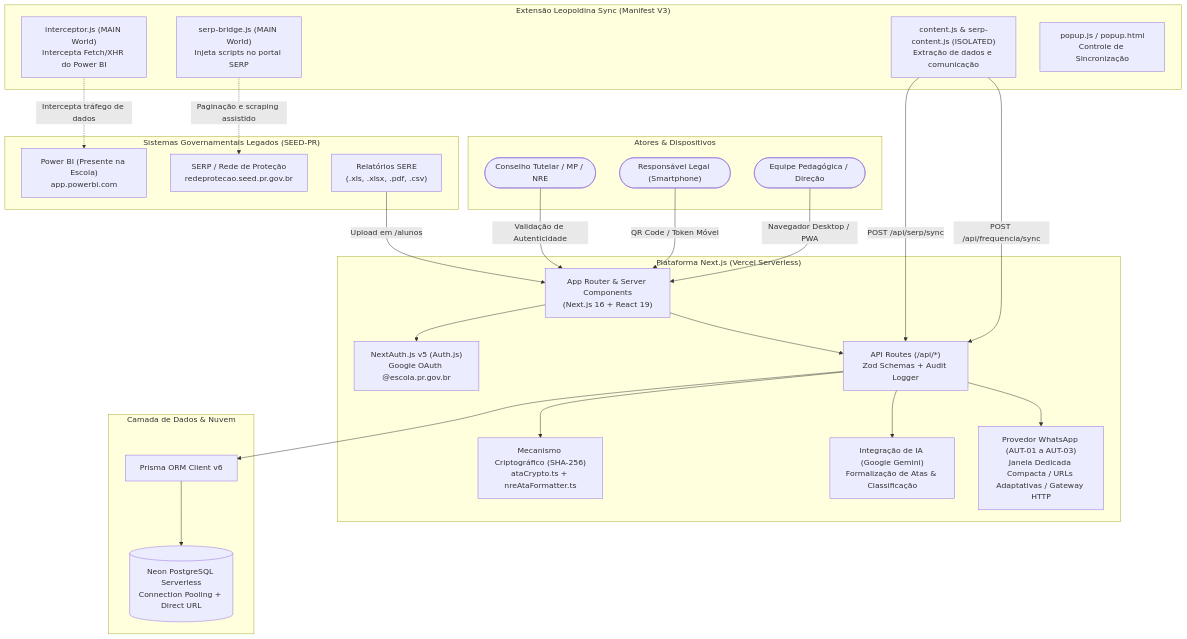
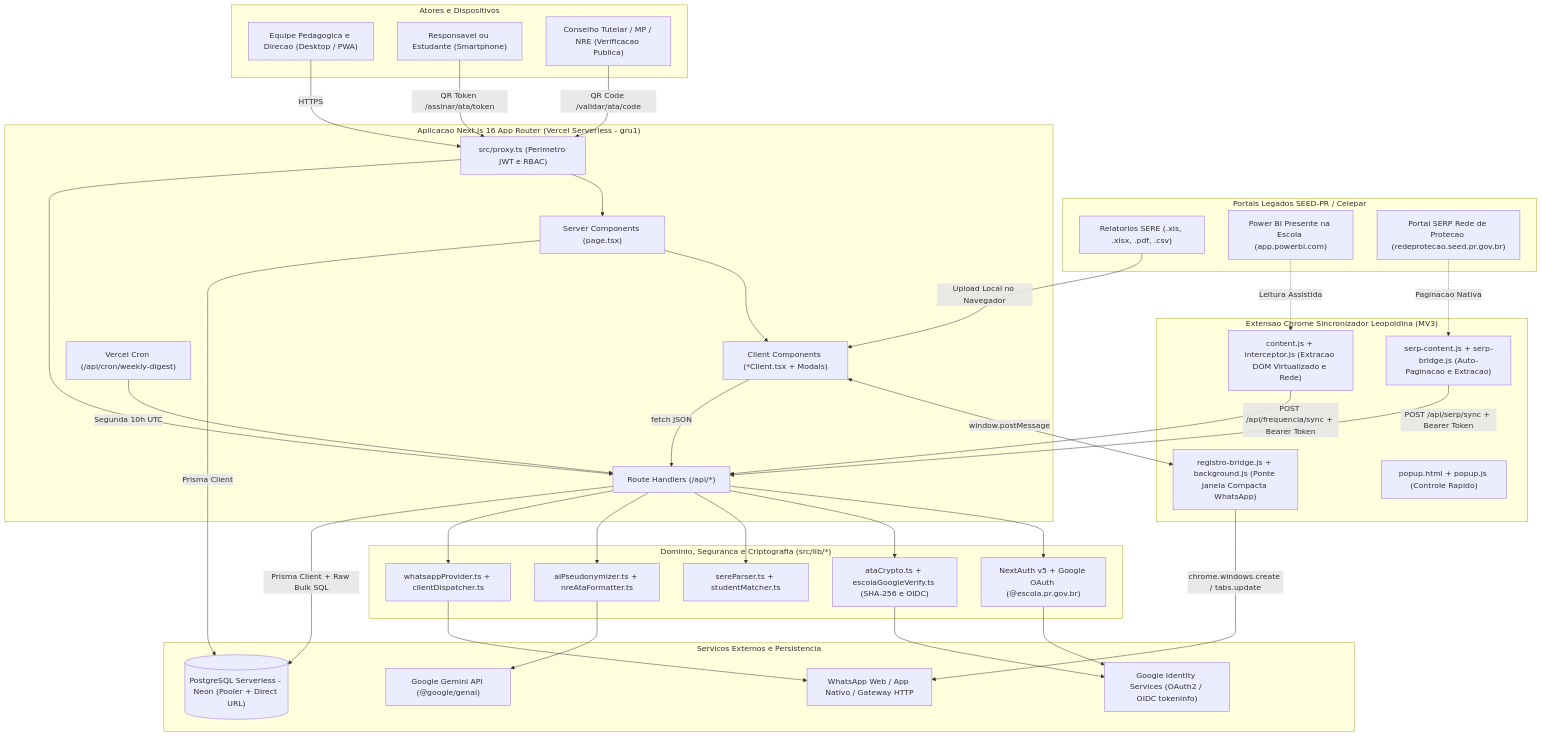
The first of 5 diagrams in docs/ARQUITETURA_E_ENGENHARIA.md (MarcosWrobel/rede-ativa), drawn with Mermaid before and after one commit. The commit also changed other lines of this file and 53 other files, not shown here.

````diff
--- a/docs/ARQUITETURA_E_ENGENHARIA.md
+++ b/docs/ARQUITETURA_E_ENGENHARIA.md
@@ -21,54 +21,75 @@
 ```mermaid
 flowchart TD
-    subgraph Users ["Atores & Dispositivos"]
-        Staff(["Equipe Pedagógica / Direção"])
-        Guardian(["Responsável Legal (Smartphone)"])
-        Authorities(["Conselho Tutelar / MP / NRE"])
+    subgraph Actors ["Atores e Dispositivos"]
+        Staff["Equipe Pedagogica e Direcao (Desktop / PWA)"]
+        Guardian["Responsavel ou Estudante (Smartphone)"]
+        ExternalAuth["Conselho Tutelar / MP / NRE (Verificacao Publica)"]
     end
 
-    subgraph ChromeExtension ["Extensão Leopoldina Sync (Manifest V3)"]
-        PBI_Intercept["interceptor.js (MAIN World)\nIntercepta Fetch/XHR do Power BI"]
-        SERP_Bridge["serp-bridge.js (MAIN World)\nInjeta scripts no portal SERP"]
-        ExtContent["content.js & serp-content.js (ISOLATED)\nExtração de dados e comunicação"]
-        ExtPopup["popup.js / popup.html\nControle de Sincronização"]
+    subgraph GovPortals ["Portais Legados SEED-PR / Celepar"]
+        SERE["Relatorios SERE (.xls, .xlsx, .pdf, .csv)"]
+        PBI["Power BI Presente na Escola (app.powerbi.com)"]
+        SERP["Portal SERP Rede de Protecao (redeprotecao.seed.pr.gov.br)"]
     end
 
-    subgraph ExternalGov ["Sistemas Governamentais Legados (SEED-PR)"]
-        PowerBIPortal["Power BI (Presente na Escola)\napp.powerbi.com"]
-        SERPPortal["SERP / Rede de Proteção\nredeprotecao.seed.pr.gov.br"]
-        SEREFiles["Relatórios SERE\n(.xls, .xlsx, .pdf, .csv)"]
+    subgraph Extension ["Extensao Chrome Sincronizador Leopoldina (MV3)"]
+        PBIContent["content.js + interceptor.js (Extracao DOM Virtualizado e Rede)"]
+        SERPBridge["serp-content.js + serp-bridge.js (Auto-Paginacao e Extracao)"]
+        RegBridge["registro-bridge.js + background.js (Ponte Janela Compacta WhatsApp)"]
+        ExtPopup["popup.html + popup.js (Controle Rapido)"]
     end
 
-    subgraph AppPlatform ["Plataforma Next.js (Vercel Serverless)"]
-        Router["App Router & Server Components\n(Next.js 16 + React 19)"]
-        PerimeterAuth["NextAuth.js v5 (Auth.js)\nGoogle OAuth @escola.pr.gov.br"]
-        APILayer["API Routes (/api/*)\nZod Schemas + Audit Logger"]
-        CryptoEngine["Mecanismo Criptográfico (SHA-256)\nataCrypto.ts + nreAtaFormatter.ts"]
-        AIEngine["Integração de IA (Google Gemini)\nFormalização de Atas & Classificação"]
-        WAProvider["Provedor WhatsApp (AUT-01 a AUT-03)\nJanela Dedicada Compacta / URLs Adaptativas / Gateway HTTP"]
+    subgraph NextApp ["Aplicacao Next.js 16 App Router (Vercel Serverless - gru1)"]
+        EdgeProxy["src/proxy.ts (Perimetro JWT e RBAC)"]
+        RSC["Server Components (page.tsx)"]
+        ClientUI["Client Components (*Client.tsx + Modais)"]
+        APIRoutes["Route Handlers (/api/*)"]
+        CronJob["Vercel Cron (/api/cron/weekly-digest)"]
     end
 
-    subgraph Persistence ["Camada de Dados & Nuvem"]
-        PrismaORM["Prisma ORM Client v6"]
-        PostgresDB[("Neon PostgreSQL Serverless\nConnection Pooling + Direct URL")]
+    subgraph CoreLibs ["Dominio, Seguranca e Criptografia (src/lib/*)"]
+        AuthLib["NextAuth v5 + Google OAuth (@escola.pr.gov.br)"]
+        CryptoLib["ataCrypto.ts + escolaGoogleVerify.ts (SHA-256 e OIDC)"]
+        ParserLib["sereParser.ts + studentMatcher.ts"]
+        PrivacyAI["aiPseudonymizer.ts + nreAtaFormatter.ts"]
+        WALib["whatsappProvider.ts + clientDispatcher.ts"]
     end
 
-    %% Conexões de Dados e Acesso
-    Staff -->|Navegador Desktop / PWA| Router
-    Guardian -->|QR Code / Token Móvel| Router
-    Authorities -->|Validação de Autenticidade| Router
+    subgraph ExternalServices ["Servicos Externos e Persistencia"]
+        GoogleOAuth["Google Identity Services (OAuth2 / OIDC tokeninfo)"]
+        GeminiAPI["Google Gemini API (@google/genai)"]
+        WhatsApp["WhatsApp Web / App Nativo / Gateway HTTP"]
+        NeonDB[("PostgreSQL Serverless - Neon (Pooler + Direct URL)")]
+    end
 
-    PBI_Intercept -.->|Intercepta tráfego de dados| PowerBIPortal
-    SERP_Bridge -.->|Paginação e scraping assistido| SERPPortal
-    ExtContent -->|POST /api/frequencia/sync| APILayer
-    ExtContent -->|POST /api/serp/sync| APILayer
-    SEREFiles -->|Upload em /alunos| Router
+    Staff -->|HTTPS| EdgeProxy
+    Guardian -->|QR Token /assinar/ata/token| EdgeProxy
+    ExternalAuth -->|QR Code /validar/ata/code| EdgeProxy
 
-    Router --> PerimeterAuth
-    Router --> APILayer
-    APILayer --> CryptoEngine
-    APILayer --> AIEngine
-    APILayer --> WAProvider
-    APILayer --> PrismaORM
-    PrismaORM --> PostgresDB
+    SERE -->|Upload Local no Navegador| ClientUI
+    PBI -.->|Leitura Assistida| PBIContent
+    SERP -.->|Paginacao Nativa| SERPBridge
+    PBIContent -->|POST /api/frequencia/sync + Bearer Token| APIRoutes
+    SERPBridge -->|POST /api/serp/sync + Bearer Token| APIRoutes
+    ClientUI <-->|window.postMessage| RegBridge
+    RegBridge -->|chrome.windows.create / tabs.update| WhatsApp
+
+    EdgeProxy --> RSC
+    EdgeProxy --> APIRoutes
+    RSC --> ClientUI
+    ClientUI -->|fetch JSON| APIRoutes
+    CronJob -->|Segunda 10h UTC| APIRoutes
+
+    APIRoutes --> AuthLib
+    APIRoutes --> CryptoLib
+    APIRoutes --> ParserLib
+    APIRoutes --> PrivacyAI
+    APIRoutes --> WALib
+
+    AuthLib --> GoogleOAuth
+    CryptoLib --> GoogleOAuth
+    PrivacyAI --> GeminiAPI
+    WALib --> WhatsApp
+    RSC -->|Prisma Client| NeonDB
+    APIRoutes -->|Prisma Client + Raw Bulk SQL| NeonDB
 ```
````
